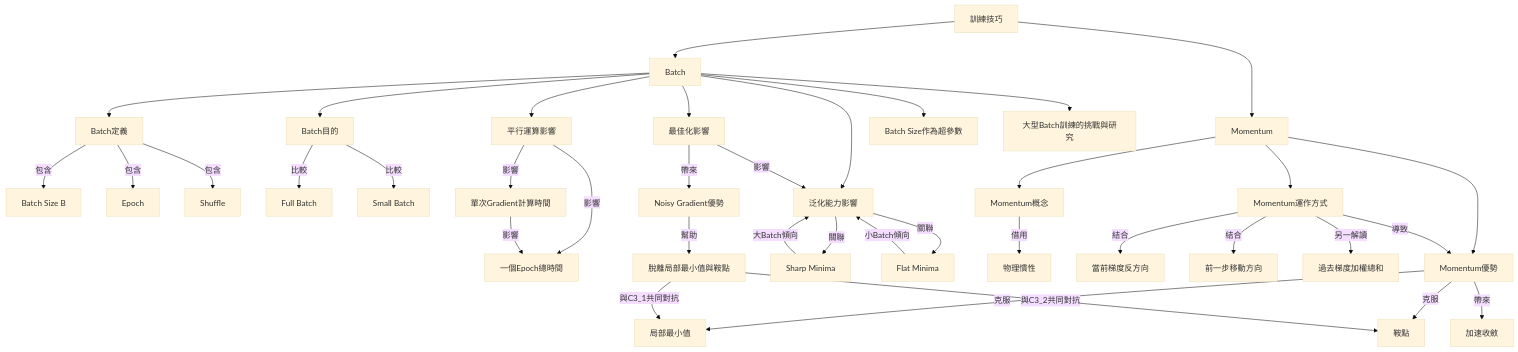
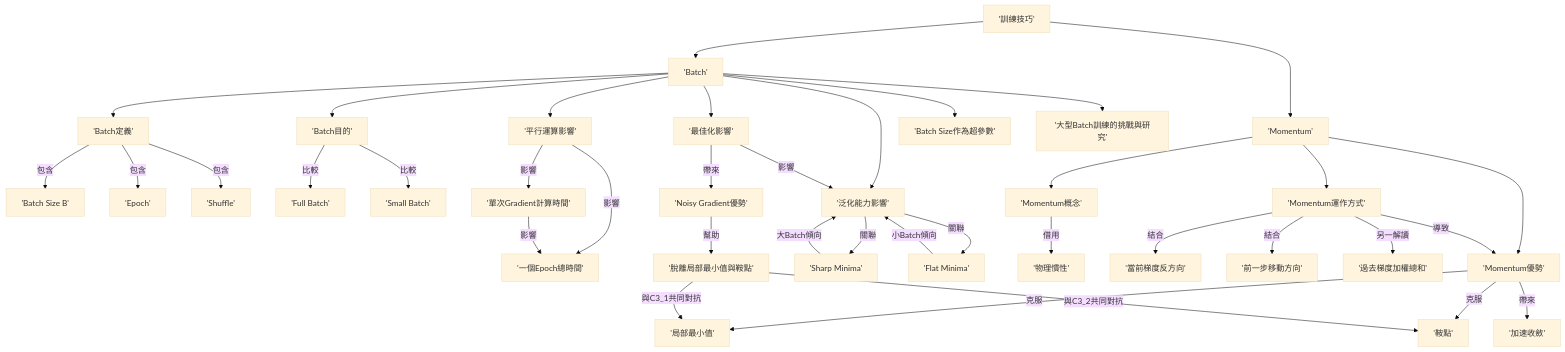
Before and after one commit to leo02311/ml2021-notes: the diagram in content/ml2021_video05_notes.md, drawn with Mermaid (base theme). The commit also changed 19 other files, not shown here.

Commit message:
fix: resolve mermaid syntax errors in generated notes

````diff
--- a/content/ml2021_video05_notes.md
+++ b/content/ml2021_video05_notes.md
@@ -142,50 +142,50 @@
 ```mermaid
 graph TD
-    A["訓練技巧"] --> B["Batch"]
-    A --> C["Momentum"]
+    A['訓練技巧'] --> B['Batch']
+    A --> C['Momentum']
 
-    B --> B1["Batch定義"]
-    B1 -- "包含" --> B1_1["Batch Size B"]
-    B1 -- "包含" --> B1_2["Epoch"]
-    B1 -- "包含" --> B1_3["Shuffle"]
+    B --> B1['Batch定義']
+    B1 -- "包含" --> B1_1['Batch Size B']
+    B1 -- "包含" --> B1_2['Epoch']
+    B1 -- "包含" --> B1_3['Shuffle']
 
-    B --> B2["Batch目的"]
-    B2 -- "比較" --> B2_1["Full Batch"]
-    B2 -- "比較" --> B2_2["Small Batch"]
+    B --> B2['Batch目的']
+    B2 -- "比較" --> B2_1['Full Batch']
+    B2 -- "比較" --> B2_2['Small Batch']
 
-    B --> B3["平行運算影響"]
-    B3 -- "影響" --> B3_1["單次Gradient計算時間"]
-    B3 -- "影響" --> B3_2["一個Epoch總時間"]
+    B --> B3['平行運算影響']
+    B3 -- "影響" --> B3_1['單次Gradient計算時間']
+    B3 -- "影響" --> B3_2['一個Epoch總時間']
     B3_1 -- "影響" --> B3_2
 
-    B --> B4["最佳化影響"]
-    B4 -- "帶來" --> B4_1["Noisy Gradient優勢"]
-    B4_1 -- "幫助" --> B4_2["脫離局部最小值與鞍點"]
+    B --> B4['最佳化影響']
+    B4 -- "帶來" --> B4_1['Noisy Gradient優勢']
+    B4_1 -- "幫助" --> B4_2['脫離局部最小值與鞍點']
 
-    B --> B5["泛化能力影響"]
-    B5 -- "關聯" --> B5_1["Sharp Minima"]
-    B5 -- "關聯" --> B5_2["Flat Minima"]
+    B --> B5['泛化能力影響']
+    B5 -- "關聯" --> B5_1['Sharp Minima']
+    B5 -- "關聯" --> B5_2['Flat Minima']
     B5_1 -- "大Batch傾向" --> B5
     B5_2 -- "小Batch傾向" --> B5
     B4 -- "影響" --> B5
 
-    B --> B6["Batch Size作為超參數"]
-    B --> B7["大型Batch訓練的挑戰與研究"]
+    B --> B6['Batch Size作為超參數']
+    B --> B7['大型Batch訓練的挑戰與研究']
 
-    C --> C1["Momentum概念"]
-    C1 -- "借用" --> C1_1["物理慣性"]
+    C --> C1['Momentum概念']
+    C1 -- "借用" --> C1_1['物理慣性']
 
-    C --> C2["Momentum運作方式"]
-    C2 -- "結合" --> C2_1["當前梯度反方向"]
-    C2 -- "結合" --> C2_2["前一步移動方向"]
-    C2 -- "另一解讀" --> C2_3["過去梯度加權總和"]
+    C --> C2['Momentum運作方式']
+    C2 -- "結合" --> C2_1['當前梯度反方向']
+    C2 -- "結合" --> C2_2['前一步移動方向']
+    C2 -- "另一解讀" --> C2_3['過去梯度加權總和']
 
-    C --> C3["Momentum優勢"]
-    C3 -- "克服" --> C3_1["局部最小值"]
-    C3 -- "克服" --> C3_2["鞍點"]
-    C3 -- "帶來" --> C3_3["加速收斂"]
+    C --> C3['Momentum優勢']
+    C3 -- "克服" --> C3_1['局部最小值']
+    C3 -- "克服" --> C3_2['鞍點']
+    C3 -- "帶來" --> C3_3['加速收斂']
     C2 -- "導致" --> C3
 
     B4_2 -- "與C3_1共同對抗" --> C3_1
     B4_2 -- "與C3_2共同對抗" --> C3_2
 ```
````
